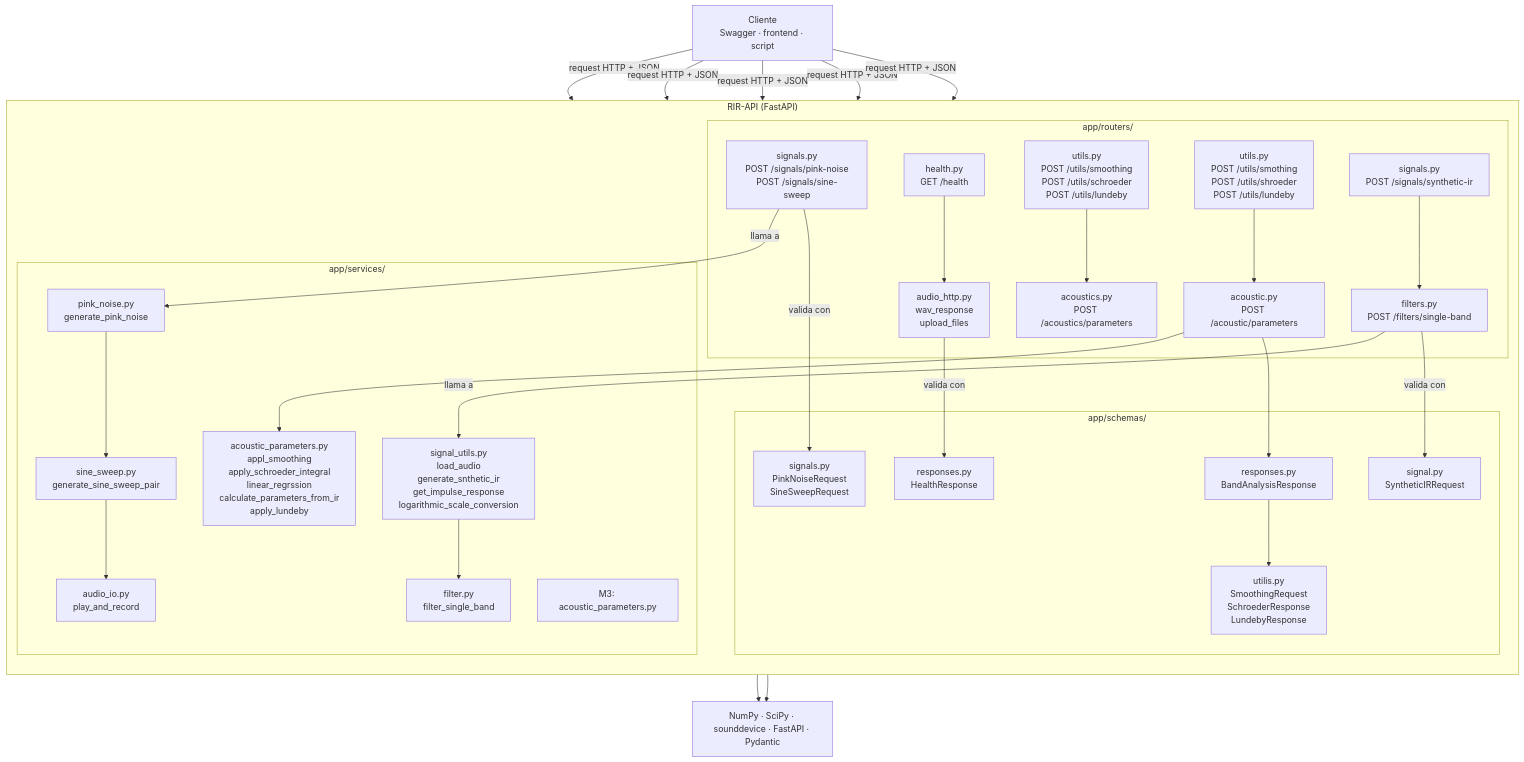
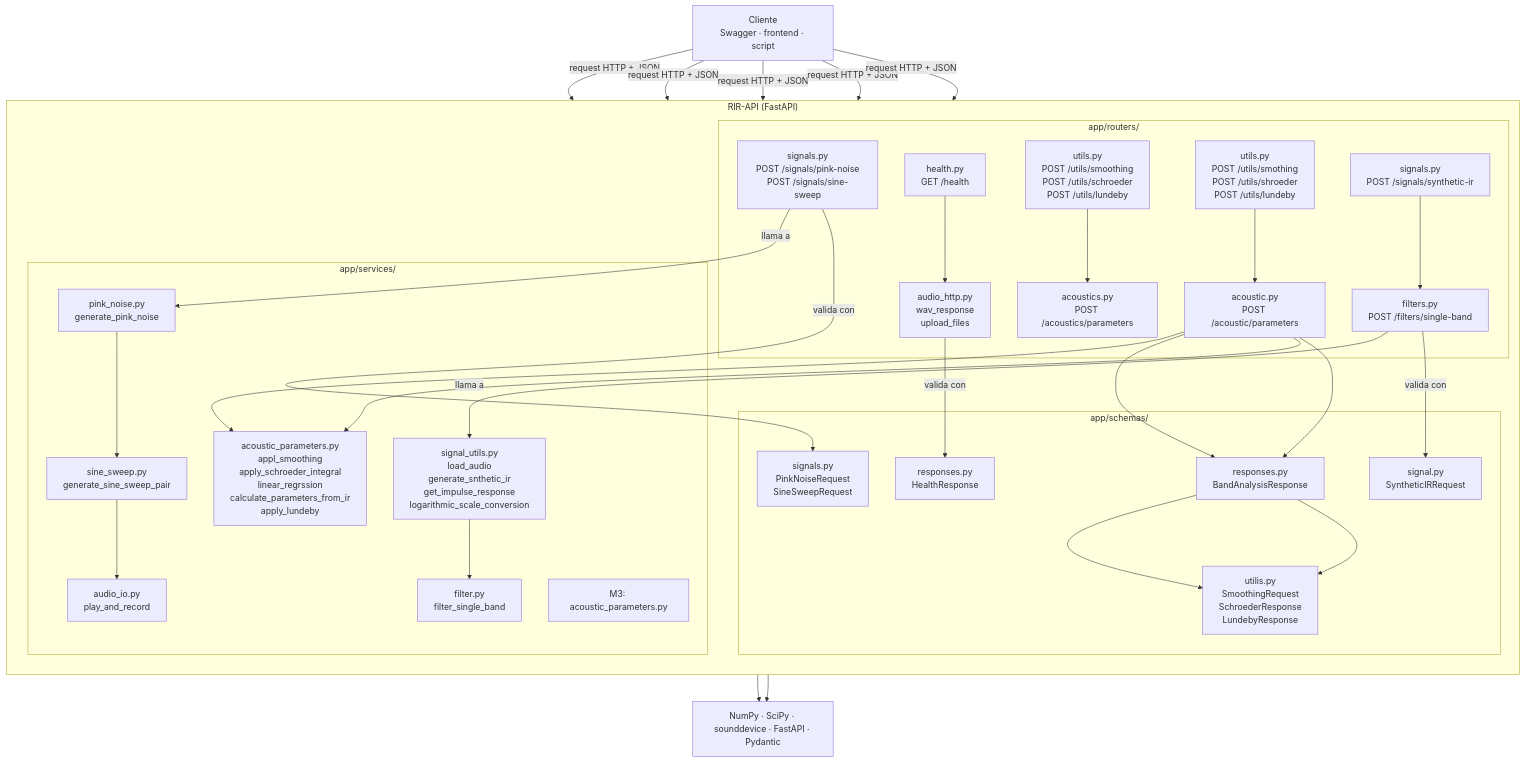
One commit to alejo1129/rir-api changed the diagram in README.md. Above: the diagram before and after it, drawn with Mermaid.

````diff
--- a/README.md
+++ b/README.md
@@ -70,58 +70,61 @@
 ```mermaid
 flowchart TB
     C["Cliente<br/>Swagger · frontend · script"]
     subgraph API["RIR-API (FastAPI)"]
         direction TB
         subgraph R["app/routers/"]
             R3A["acoustic.py<br/>POST /acoustic/parameters"]
             R3U["utils.py<br/>POST /utils/smothing<br/>POST /utils/shroeder<br/>POST /utils/lundeby"]
             RH["health.py<br/>GET /health"]
             RAH["audio_http.py<br/>wav_response<br/>upload_files"]
             RS["signals.py<br/>POST /signals/pink-noise<br/>POST /signals/sine-sweep"]
             RM2["signals.py<br/>POST /signals/synthetic-ir"]
             RF["filters.py<br/>POST /filters/single-band"]
             RU["utils.py<br/>POST /utils/smoothing<br/>POST /utils/schroeder<br/>POST /utils/lundeby"]
             RA["acoustics.py<br/>POST /acoustics/parameters"]
             
         end
         subgraph SC["app/schemas/"]
             SS["signals.py<br/>PinkNoiseRequest<br/>SineSweepRequest"]
             SR["responses.py<br/>HealthResponse"]
             SM2["signal.py<br/>SyntheticIRRequest"]
             S3R["responses.py<br/>BandAnalysisResponse"]
             S3U["utilis.py<br/>SmoothingRequest<br/>SchroederResponse<br/>LundebyResponse"]
         end
         subgraph SV["app/services/"]
             PN["pink_noise.py<br/>generate_pink_noise"]
             SW["sine_sweep.py<br/>generate_sine_sweep_pair"]
             IO["audio_io.py<br/>play_and_record"]
             3["acoustic_parameters.py<br/>appl_smoothing<br/>apply_schroeder_integral<br/>linear_regrssion<br/7>calculate_parameters_from_ir<br/>apply_lundeby"]
 VM2["signal_utils.py<br/>load_audio<br/>generate_snthetic_ir<br/>get_impulse_response<br/>logarithmic_scale_conversion"]
             VM2F["filter.py<br/>filter_single_band"]
             VM3["M3: acoustic_parameters.py"]
         end
     end
     L["NumPy · SciPy · sounddevice · FastAPI · Pydantic"]
     C -->|"request HTTP + JSON"| RS
     C -->|"request HTTP + JSON"| RH
     C -->|"request HTTP + JSON"| R3U
     RAH -->|"valida con"| SR
     RS -->|"valida con"| SS
     RS -->|"llama a"| PN
     PN --> SW
     SW --> IO
     IO --> L
     RH --> RAH
     SR --> L
     C -->|"request HTTP + JSON"| RM2
     C -->|"request HTTP + JSON"| RU
     RU --> RA
     RF-->|"valida con"| SM2
     RF -->|"llama a"| VM2
     VM2 --> VM2F
     R3U --> R3A
     S3R --> S3U
     R3A --> S3R
     R3A --> 3
     RM2 --> RF
+    R3A --> S3R
+    S3R --> S3U
+    R3A --> 3
 ```
````
